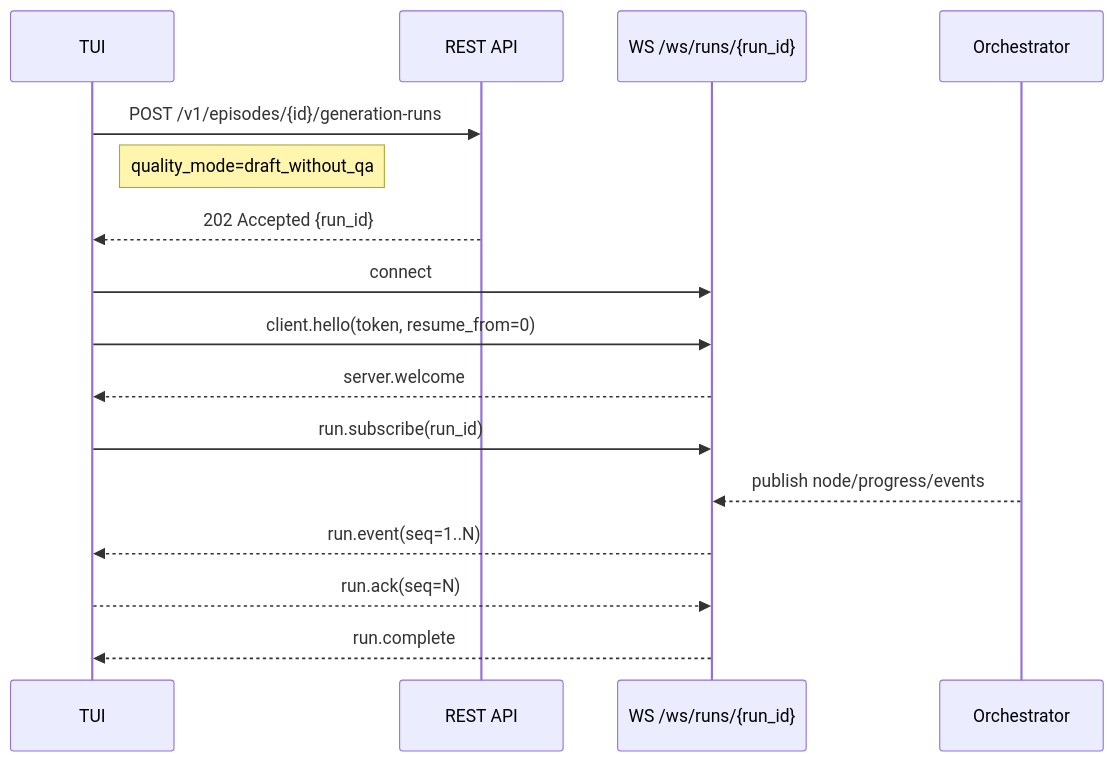
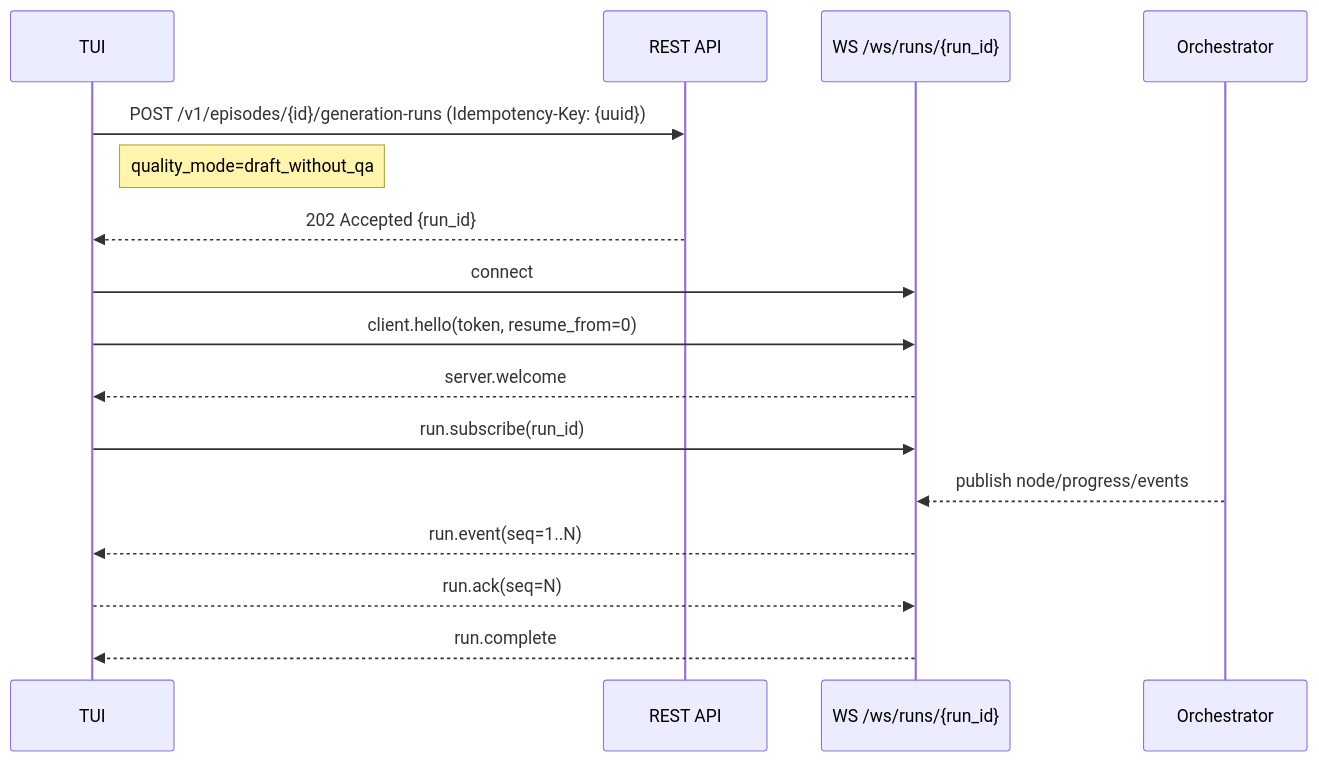
Before and after one commit to leynos/episodic: the first of 8 diagrams in docs/episodic-tui-api-design.md, drawn with Mermaid. The commit also changed other lines of this file and 2 other files, not shown here.

````diff
--- a/docs/episodic-tui-api-design.md
+++ b/docs/episodic-tui-api-design.md
@@ -675,19 +675,19 @@
 ```mermaid
 sequenceDiagram
     participant TUI
     participant REST as REST API
     participant WS as WS /ws/runs/{run_id}
     participant Orchestrator
 
-    TUI->>REST: POST /v1/episodes/{id}/generation-runs
+    TUI->>REST: POST /v1/episodes/{id}/generation-runs (Idempotency-Key: {uuid})
     Note right of TUI: quality_mode=draft_without_qa
     REST-->>TUI: 202 Accepted {run_id}
     TUI->>WS: connect
     TUI->>WS: client.hello(token, resume_from=0)
     WS-->>TUI: server.welcome
     TUI->>WS: run.subscribe(run_id)
     Orchestrator-->>WS: publish node/progress/events
     WS-->>TUI: run.event(seq=1..N)
     TUI-->>WS: run.ack(seq=N)
     WS-->>TUI: run.complete
 ```
````
